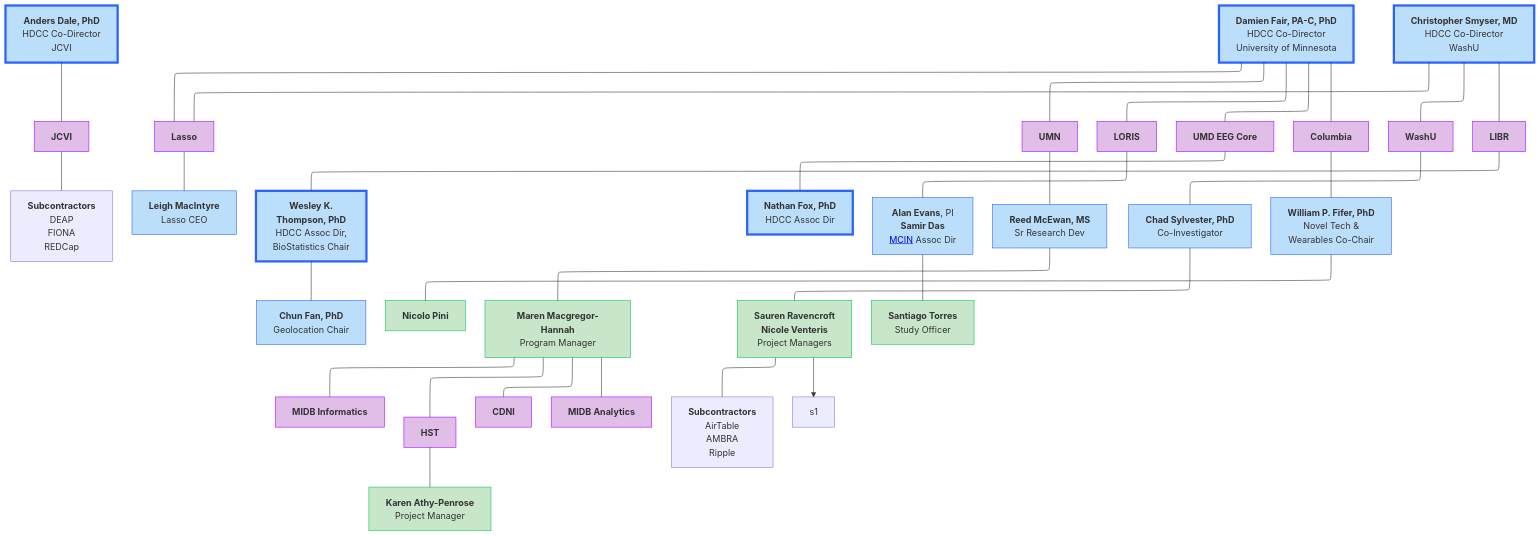
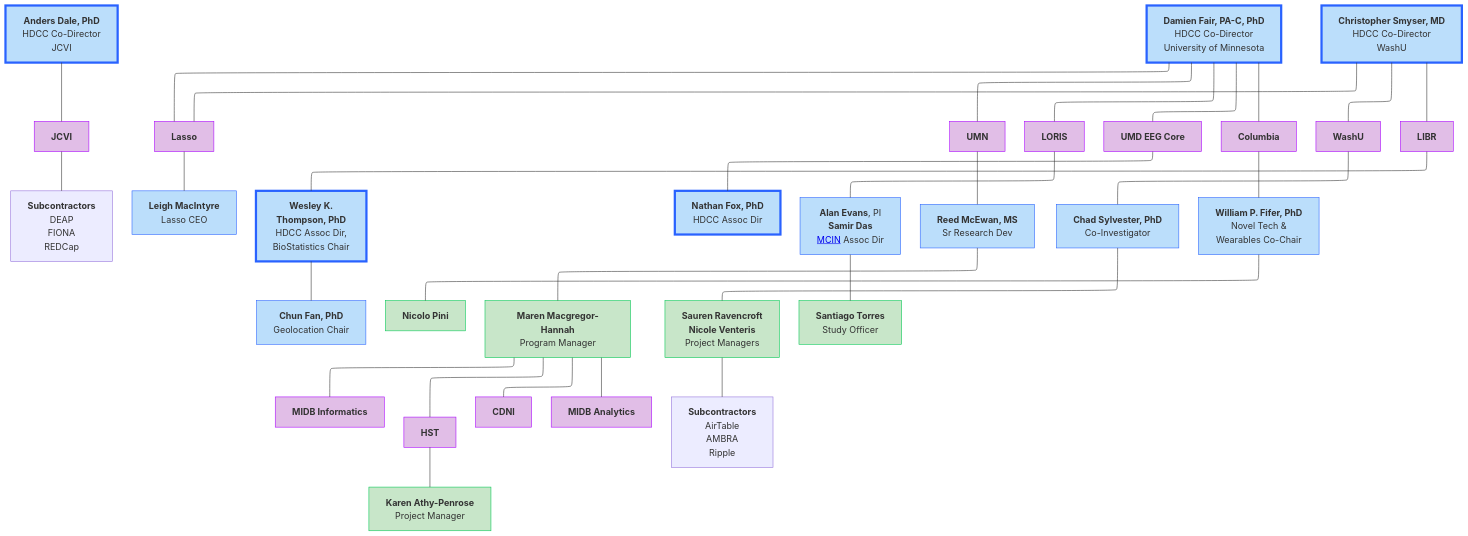
One commit to DCAN-Labs/hbcd-docs-internal changed the first of 13 diagrams in docs/orgcharts.md. Above: the diagram before and after it, drawn with Mermaid.

````diff
--- a/docs/orgcharts.md
+++ b/docs/orgcharts.md
@@ -17,72 +17,71 @@
 ```mermaid
 ---
 config:
   layout: elk
 ---
 flowchart TB
     n2["<b>Anders Dale, PhD<br></b>HDCC Co-Director<br>JCVI"] --- jcvi["<b>JCVI</b>"]
     jcvi --- jcviSC["<b>Subcontractors</b><br>DEAP<br>FIONA<br>REDCap"]
     E["<b>Damien Fair, PA-C, PhD</b><br>HDCC Co-Director<br>University of Minnesota"] --- lasso["<b>Lasso</b>"] & umn["<b>UMN</b>"] & n7["<b>LORIS</b>"] & n8["<b>UMD EEG Core</b>"] & n11["<b>Columbia</b>"]
     lasso --- lasso1["<b>Leigh MacIntyre</b><br>Lasso CEO"]
     n1["<b>Christopher Smyser, MD<br></b>HDCC Co-Director<br>WashU"] --- n10["<b>WashU</b>"] & n12["<b>LIBR</b>"] & lasso
     n16["<b>Wesley K.<br>Thompson, PhD</b><br>HDCC Assoc Dir,<br>BioStatistics Chair"] --- n17["<b>Chun Fan, PhD</b><br>Geolocation Chair"]
     n12 --- n16
     n8 --- n19["<b>Nathan Fox, PhD<br></b>HDCC Assoc Dir"]
     n7 --- n20["<b>Alan Evans</b>, PI<br><b>Samir Das</b><br><a href="https://mcin.ca/about-mcin/" target="_blank">MCIN</a> Assoc Dir"]
     umn --- reed["<b>Reed McEwan, MS</b><br>Sr Research Dev"]
     n10 --- n22["<b>Chad Sylvester, PhD</b><br>Co-Investigator"]
     n11 --- n18["<b>William P. Fifer, PhD</b><br>Novel Tech &<br>Wearables Co-Chair"]
     n18 --- n34["<b>Nicolo Pini</b>"]
     reed --- n30["<b>Maren Macgregor-Hannah</b><br>Program Manager"]
     n30 --- n25["<b>MIDB Informatics</b>"]
     n30 --- n27["<b>HST</b>"]
     n30 --- n28["<b>CDNI</b>"]
     n30 --- n29["<b>MIDB Analytics</b>"]
     n27 --- n31["<b>Karen Athy-Penrose</b><br>Project Manager"]
     n22 --- n32["<b>Sauren Ravencroft<br>Nicole Venteris</b><br>Project Managers"]
     n32 --- washuSC["<b>Subcontractors</b><br>AirTable<br>AMBRA<br>Ripple"]
     n20 --- n33["<b>Santiago Torres</b><br>Study Officer"]
-    n32 --> s1
     style n2 fill:#BBDEFB,stroke:#2962FF,stroke-width:4px
     style jcvi fill:#E1BEE7,stroke:#AA00FF
     style E fill:#BBDEFB,stroke:#2962FF,stroke-width:4px
     style lasso fill:#E1BEE7,stroke:#AA00FF
     style umn fill:#E1BEE7,stroke:#AA00FF
     style n7 fill:#E1BEE7,stroke:#AA00FF
     style n8 fill:#E1BEE7,stroke:#AA00FF
     style n11 fill:#E1BEE7,stroke:#AA00FF
     style lasso1 fill:#BBDEFB,stroke:#2962FF
     style n1 fill:#BBDEFB,stroke:#2962FF,stroke-width:4px
     style n10 fill:#E1BEE7,stroke:#AA00FF
     style n12 fill:#E1BEE7,stroke:#AA00FF
     style n16 fill:#BBDEFB,stroke:#2962FF,stroke-width:4px
     style n17 fill:#BBDEFB,stroke:#2962FF
     style n19 fill:#BBDEFB,stroke:#2962FF,stroke-width:4px
     style n20 fill:#BBDEFB,stroke:#2962FF
     style reed fill:#BBDEFB,stroke:#2962FF
     style n22 fill:#BBDEFB,stroke:#2962FF
     style n18 fill:#BBDEFB,stroke:#2962FF
     style n25 fill:#E1BEE7,stroke:#AA00FF
     style n27 fill:#E1BEE7,stroke:#AA00FF
     style n28 fill:#E1BEE7,stroke:#AA00FF
     style n29 fill:#E1BEE7,stroke:#AA00FF
     style n30 fill:#C8E6C9,stroke:#00C853
     style n31 fill:#C8E6C9,stroke:#00C853
     style n32 fill:#C8E6C9,stroke:#00C853
     style n33 fill:#C8E6C9,stroke:#00C853
     style n34 fill:#C8E6C9,stroke:#00C853
     click jcvi "#j-craig-venter-institute"
     click lasso "#lasso"
     click umn "#university-of-minnesota"
     click n7 "#loris"
     click n8 "#university-of-maryland"
     click n10 "#washu"
     click n25 "#midb-informatics-hub-msi"
     click n29 "#midb-analytics-hub"
     click n27 "#health-sciences-technology"
     click n28 "#center-for-developmental-neuroimaging"
     click n12 "#libr"
     click n11 "#columbia-university"
     click jcviSC "#subcontractor-details_1"
     click washuSC "#subcontractor-details"
 ```
````
